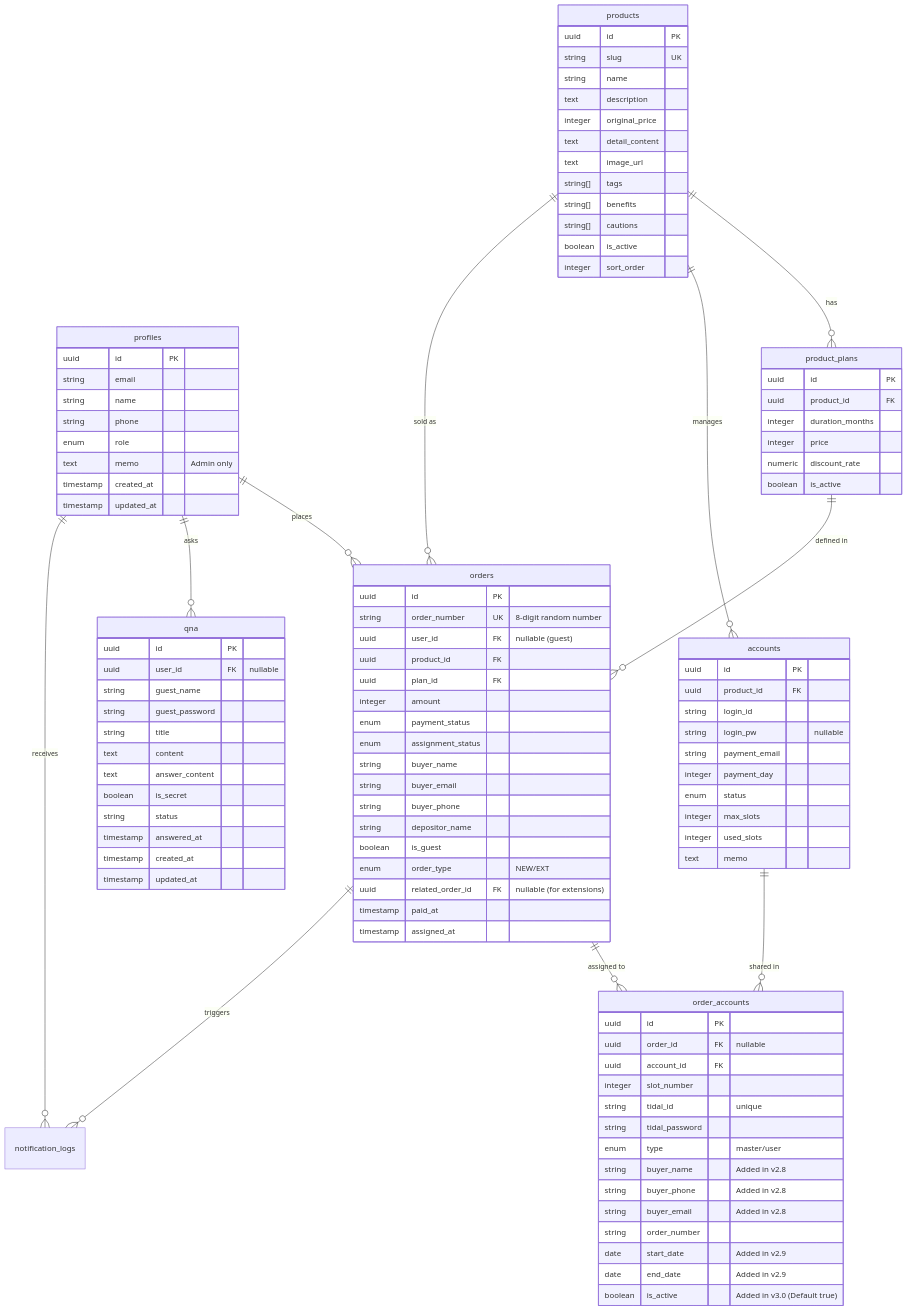
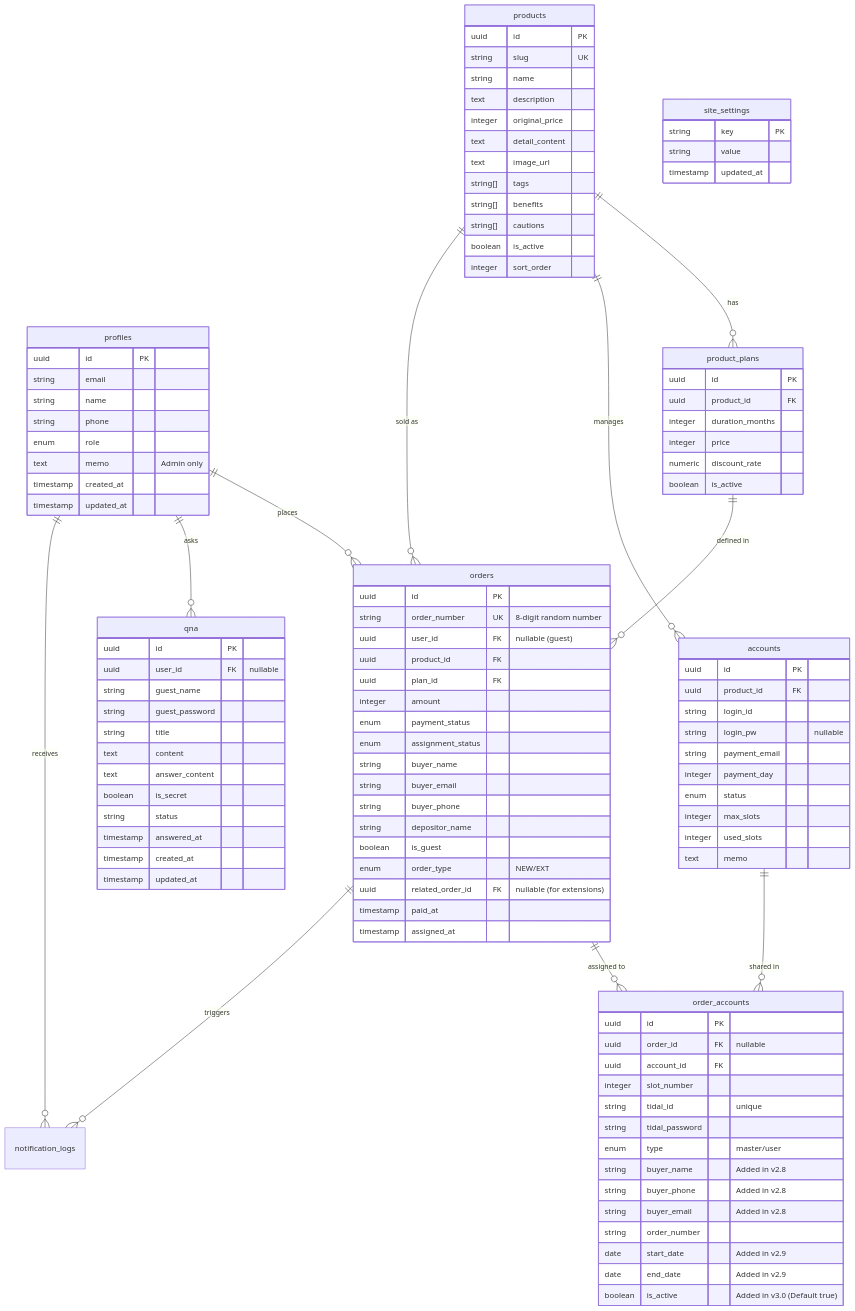
Before and after one commit to jeon28/dalbus: the diagram in docs/db_schema.md, drawn with Mermaid. The commit also changed other lines of this file and 16 other files, not shown here.

````diff
--- a/docs/db_schema.md
+++ b/docs/db_schema.md
@@ -118,4 +118,10 @@
         timestamp created_at
         timestamp updated_at
     }
+
+    site_settings {
+        string key PK
+        string value
+        timestamp updated_at
+    }
 ```
````
